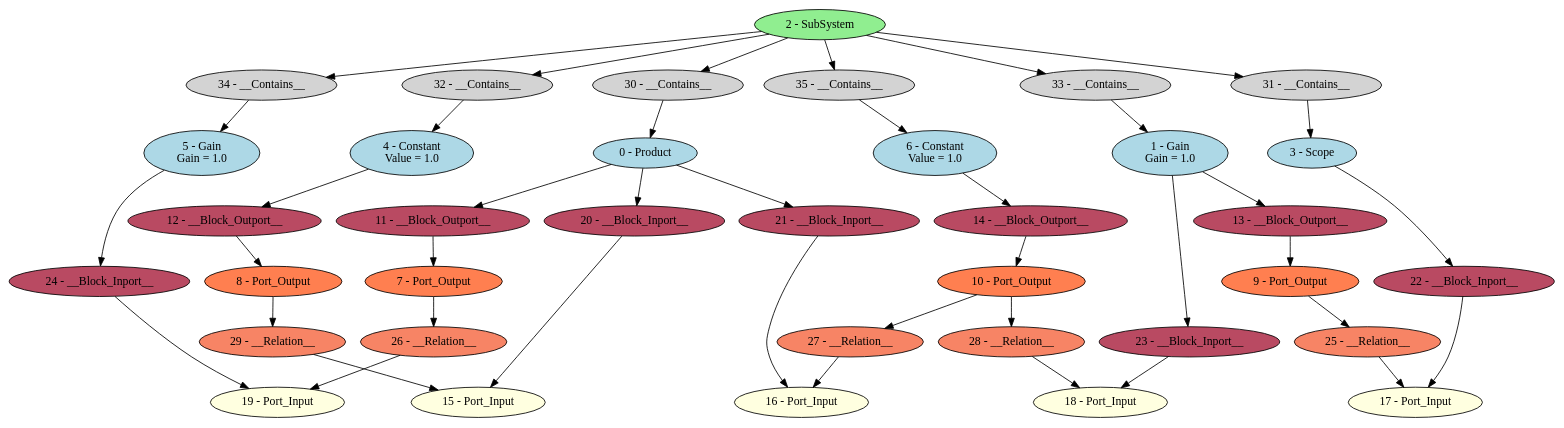
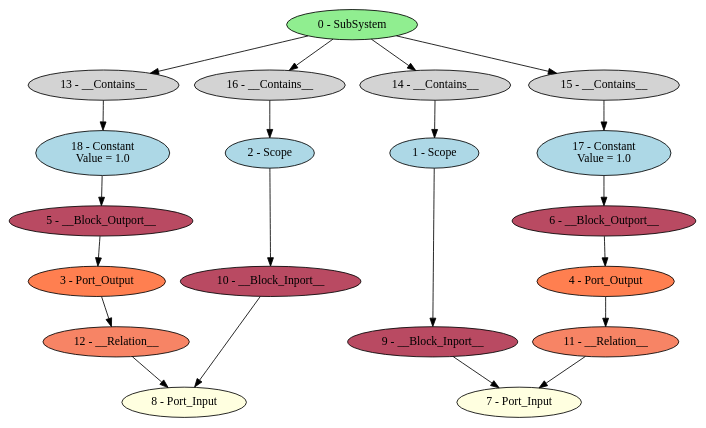
Before and after one commit to BentleyJOakes/BDOT: the diagram in CBDSimulator/dot/HEasy_opt.dot, drawn with Graphviz. The commit also changed 381 other files, not shown here.

```diff
--- a/CBDSimulator/dot/HEasy_opt.dot
+++ b/CBDSimulator/dot/HEasy_opt.dot
@@ -1,78 +1,41 @@
 digraph HEasy_opt {
-"0 - Product" [style=filled, fillcolor=lightblue];
-"1 - Gain\n Gain = 1.0" [style=filled, fillcolor=lightblue];
-"2 - SubSystem" [style=filled, fillcolor=lightgreen];
-"3 - Scope" [style=filled, fillcolor=lightblue];
-"4 - Constant\n Value = 1.0" [style=filled, fillcolor=lightblue];
-"5 - Gain\n Gain = 1.0" [style=filled, fillcolor=lightblue];
-"6 - Constant\n Value = 1.0" [style=filled, fillcolor=lightblue];
-"7 - Port_Output" [style=filled, fillcolor=coral];
-"8 - Port_Output" [style=filled, fillcolor=coral];
-"9 - Port_Output" [style=filled, fillcolor=coral];
-"10 - Port_Output" [style=filled, fillcolor=coral];
-"11 - __Block_Outport__" [style=filled, fillcolor="#b94a62"];
-"12 - __Block_Outport__" [style=filled, fillcolor="#b94a62"];
-"13 - __Block_Outport__" [style=filled, fillcolor="#b94a62"];
-"14 - __Block_Outport__" [style=filled, fillcolor="#b94a62"];
-"15 - Port_Input" [style=filled, fillcolor=lightyellow];
-"16 - Port_Input" [style=filled, fillcolor=lightyellow];
-"17 - Port_Input" [style=filled, fillcolor=lightyellow];
-"18 - Port_Input" [style=filled, fillcolor=lightyellow];
-"19 - Port_Input" [style=filled, fillcolor=lightyellow];
-"20 - __Block_Inport__" [style=filled, fillcolor="#b94a62"];
-"21 - __Block_Inport__" [style=filled, fillcolor="#b94a62"];
-"22 - __Block_Inport__" [style=filled, fillcolor="#b94a62"];
-"23 - __Block_Inport__" [style=filled, fillcolor="#b94a62"];
-"24 - __Block_Inport__" [style=filled, fillcolor="#b94a62"];
-"25 - __Relation__" [style=filled, fillcolor="#f78465"];
-"26 - __Relation__" [style=filled, fillcolor="#f78465"];
-"27 - __Relation__" [style=filled, fillcolor="#f78465"];
-"28 - __Relation__" [style=filled, fillcolor="#f78465"];
-"29 - __Relation__" [style=filled, fillcolor="#f78465"];
-"30 - __Contains__" [style=filled, fillcolor=lightgray];
-"31 - __Contains__" [style=filled, fillcolor=lightgray];
-"32 - __Contains__" [style=filled, fillcolor=lightgray];
-"33 - __Contains__" [style=filled, fillcolor=lightgray];
-"34 - __Contains__" [style=filled, fillcolor=lightgray];
-"35 - __Contains__" [style=filled, fillcolor=lightgray];
-"0 - Product" -> "11 - __Block_Outport__";
-"1 - Gain\n Gain = 1.0" -> "13 - __Block_Outport__";
-"2 - SubSystem" -> "35 - __Contains__";
-"2 - SubSystem" -> "34 - __Contains__";
-"2 - SubSystem" -> "33 - __Contains__";
-"2 - SubSystem" -> "32 - __Contains__";
-"2 - SubSystem" -> "31 - __Contains__";
-"2 - SubSystem" -> "30 - __Contains__";
-"4 - Constant\n Value = 1.0" -> "12 - __Block_Outport__";
-"6 - Constant\n Value = 1.0" -> "14 - __Block_Outport__";
-"7 - Port_Output" -> "26 - __Relation__";
-"8 - Port_Output" -> "29 - __Relation__";
-"9 - Port_Output" -> "25 - __Relation__";
-"10 - Port_Output" -> "28 - __Relation__";
-"10 - Port_Output" -> "27 - __Relation__";
-"11 - __Block_Outport__" -> "7 - Port_Output";
-"12 - __Block_Outport__" -> "8 - Port_Output";
-"13 - __Block_Outport__" -> "9 - Port_Output";
-"14 - __Block_Outport__" -> "10 - Port_Output";
-"20 - __Block_Inport__" -> "15 - Port_Input";
-"21 - __Block_Inport__" -> "16 - Port_Input";
-"22 - __Block_Inport__" -> "17 - Port_Input";
-"23 - __Block_Inport__" -> "18 - Port_Input";
-"24 - __Block_Inport__" -> "19 - Port_Input";
-"0 - Product" -> "20 - __Block_Inport__";
-"0 - Product" -> "21 - __Block_Inport__";
-"3 - Scope" -> "22 - __Block_Inport__";
-"1 - Gain\n Gain = 1.0" -> "23 - __Block_Inport__";
-"5 - Gain\n Gain = 1.0" -> "24 - __Block_Inport__";
-"25 - __Relation__" -> "17 - Port_Input";
-"26 - __Relation__" -> "19 - Port_Input";
-"27 - __Relation__" -> "16 - Port_Input";
-"28 - __Relation__" -> "18 - Port_Input";
-"29 - __Relation__" -> "15 - Port_Input";
-"30 - __Contains__" -> "0 - Product";
-"31 - __Contains__" -> "3 - Scope";
-"32 - __Contains__" -> "4 - Constant\n Value = 1.0";
-"33 - __Contains__" -> "1 - Gain\n Gain = 1.0";
-"34 - __Contains__" -> "5 - Gain\n Gain = 1.0";
-"35 - __Contains__" -> "6 - Constant\n Value = 1.0";
+"0 - SubSystem" [style=filled, fillcolor=lightgreen];
+"1 - Scope" [style=filled, fillcolor=lightblue];
+"2 - Scope" [style=filled, fillcolor=lightblue];
+"3 - Port_Output" [style=filled, fillcolor=coral];
+"4 - Port_Output" [style=filled, fillcolor=coral];
+"5 - __Block_Outport__" [style=filled, fillcolor="#b94a62"];
+"6 - __Block_Outport__" [style=filled, fillcolor="#b94a62"];
+"7 - Port_Input" [style=filled, fillcolor=lightyellow];
+"8 - Port_Input" [style=filled, fillcolor=lightyellow];
+"9 - __Block_Inport__" [style=filled, fillcolor="#b94a62"];
+"10 - __Block_Inport__" [style=filled, fillcolor="#b94a62"];
+"11 - __Relation__" [style=filled, fillcolor="#f78465"];
+"12 - __Relation__" [style=filled, fillcolor="#f78465"];
+"13 - __Contains__" [style=filled, fillcolor=lightgray];
+"14 - __Contains__" [style=filled, fillcolor=lightgray];
+"15 - __Contains__" [style=filled, fillcolor=lightgray];
+"16 - __Contains__" [style=filled, fillcolor=lightgray];
+"17 - Constant\n Value = 1.0" [style=filled, fillcolor=lightblue];
+"18 - Constant\n Value = 1.0" [style=filled, fillcolor=lightblue];
+"0 - SubSystem" -> "16 - __Contains__";
+"0 - SubSystem" -> "15 - __Contains__";
+"0 - SubSystem" -> "14 - __Contains__";
+"0 - SubSystem" -> "13 - __Contains__";
+"3 - Port_Output" -> "12 - __Relation__";
+"4 - Port_Output" -> "11 - __Relation__";
+"5 - __Block_Outport__" -> "3 - Port_Output";
+"6 - __Block_Outport__" -> "4 - Port_Output";
+"9 - __Block_Inport__" -> "7 - Port_Input";
+"10 - __Block_Inport__" -> "8 - Port_Input";
+"1 - Scope" -> "9 - __Block_Inport__";
+"2 - Scope" -> "10 - __Block_Inport__";
+"11 - __Relation__" -> "7 - Port_Input";
+"12 - __Relation__" -> "8 - Port_Input";
+"13 - __Contains__" -> "18 - Constant\n Value = 1.0";
+"14 - __Contains__" -> "1 - Scope";
+"15 - __Contains__" -> "17 - Constant\n Value = 1.0";
+"16 - __Contains__" -> "2 - Scope";
+"17 - Constant\n Value = 1.0" -> "6 - __Block_Outport__";
+"18 - Constant\n Value = 1.0" -> "5 - __Block_Outport__";
 }
```
